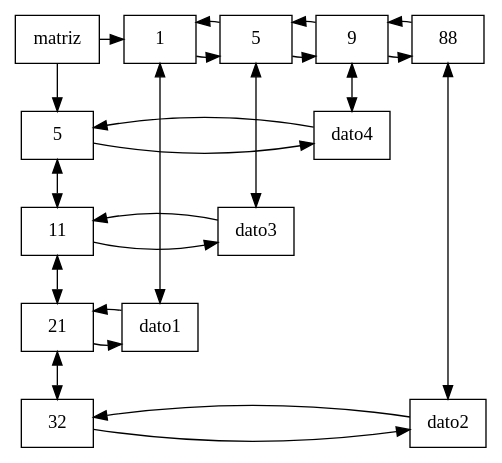
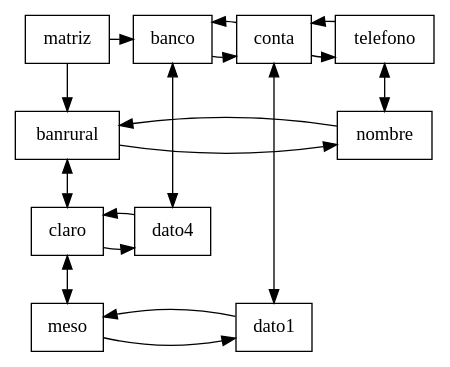
One commit to Elchuzo/Proyecto1s12017_201404104_201404130_201404232_201313894 changed the diagram in python/matri.dot. Above: the diagram before and after it, drawn with Graphviz. The commit also changed 3 other files, not shown here.

```diff
--- a/python/matri.dot
+++ b/python/matri.dot
@@ -1,58 +1,47 @@
 digraph matriz {
 rankdir=UD;
 node [shape=box]; 
  
 { 
 rank=min; 
 m[label= "matriz"]; 
-nodex1[label="1",rankdir=LR]; 
-nodex5[label="5",rankdir=LR]; 
-nodex9[label="9",rankdir=LR]; 
-nodex88[label="88",rankdir=LR]; 
+nodexbanco[label="banco",rankdir=LR]; 
+nodexconta[label="conta",rankdir=LR]; 
+nodextelefono[label="telefono",rankdir=LR]; 
 
 }
 
 {
 rank=same; 
-nodey5[label="5"]; 
-noded9g5dato4[label= "dato4"]; 
+nodeybanrural[label="banrural"]; 
+nodedtelefonogbanruralnombre[label= "nombre"]; 
 
 }
 {
 rank=same; 
-nodey11[label="11"]; 
-noded5g11dato3[label= "dato3"]; 
+nodeyclaro[label="claro"]; 
+nodedbancogclarodato4[label= "dato4"]; 
 
 }
 {
 rank=same; 
-nodey21[label="21"]; 
-noded1g21dato1[label= "dato1"]; 
+nodeymeso[label="meso"]; 
+nodedcontagmesodato1[label= "dato1"]; 
 
 }
-{
-rank=same; 
-nodey32[label="32"]; 
-noded88g32dato2[label= "dato2"]; 
+m->nodexbanco->nodexconta->nodextelefono; 
+nodextelefono->nodexconta->nodexbanco;
+m->nodeybanrural;
+nodeybanrural->nodeyclaro[rankdir=UD dir="both"]; 
+nodeyclaro->nodeymeso[rankdir=UD dir="both"]; 
+nodexbanco->nodedbancogclarodato4[dir="both"];
+nodexconta->nodedcontagmesodato1[dir="both"];
+nodextelefono->nodedtelefonogbanruralnombre[dir="both"];
+nodeybanrural->nodedtelefonogbanruralnombre[constraint=false]; 
+nodedtelefonogbanruralnombre->nodeybanrural[constraint=false]; 
+nodeyclaro->nodedbancogclarodato4[constraint=false]; 
+nodedbancogclarodato4->nodeyclaro[constraint=false]; 
+nodeymeso->nodedcontagmesodato1[constraint=false]; 
+nodedcontagmesodato1->nodeymeso[constraint=false]; 
 
 }
-m->nodex1->nodex5->nodex9->nodex88; 
-nodex88->nodex9->nodex5->nodex1;
-m->nodey5;
-nodey5->nodey11[rankdir=UD dir="both"]; 
-nodey11->nodey21[rankdir=UD dir="both"]; 
-nodey21->nodey32[rankdir=UD dir="both"]; 
-nodex1->noded1g21dato1[dir="both"];
-nodex5->noded5g11dato3[dir="both"];
-nodex9->noded9g5dato4[dir="both"];
-nodex88->noded88g32dato2[dir="both"];
-nodey5->noded9g5dato4[constraint=false]; 
-noded9g5dato4->nodey5[constraint=false]; 
-nodey11->noded5g11dato3[constraint=false]; 
-noded5g11dato3->nodey11[constraint=false]; 
-nodey21->noded1g21dato1[constraint=false]; 
-noded1g21dato1->nodey21[constraint=false]; 
-nodey32->noded88g32dato2[constraint=false]; 
-noded88g32dato2->nodey32[constraint=false]; 
-
-}
```
